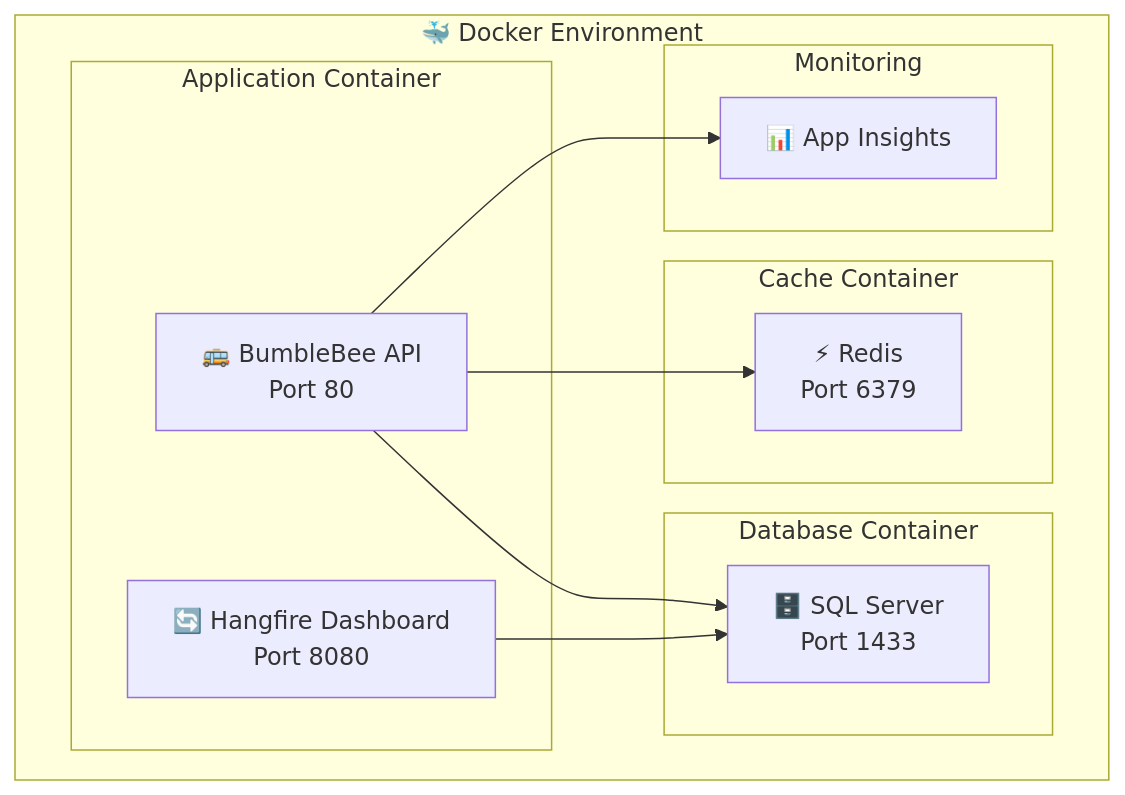
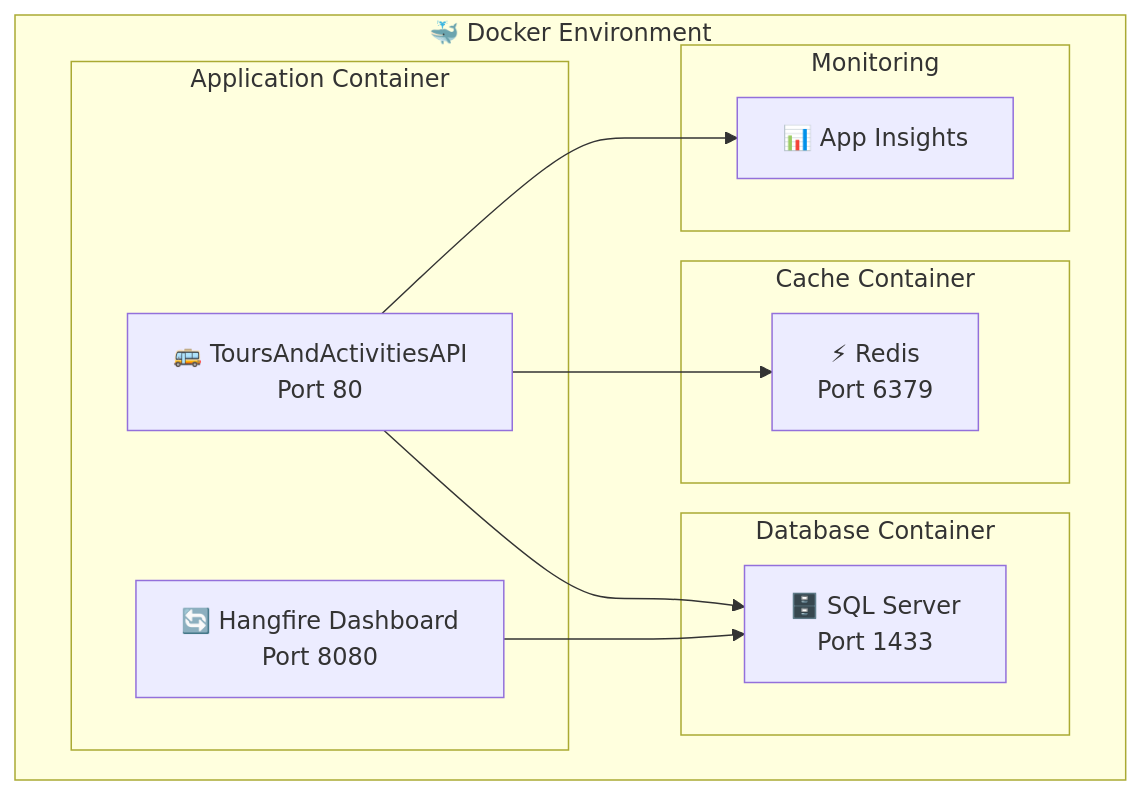
Before and after one commit to sandeepkumar0801/ToursAndActivities: the eighth of 11 diagrams in README.md, drawn with Mermaid. The commit also changed other lines of this file and 3 other files, not shown here.

````diff
--- a/README.md
+++ b/README.md
@@ -854,26 +852,26 @@
 ```mermaid
 graph TB
     subgraph "🐳 Docker Environment"
         subgraph "Application Container"
-            API[🚌 BumbleBee API<br/>Port 80]
+            API[🚌 ToursAndActivitiesAPI<br/>Port 80]
             HANGFIRE[🔄 Hangfire Dashboard<br/>Port 8080]
         end
 
         subgraph "Database Container"
             SQL[🗄️ SQL Server<br/>Port 1433]
         end
 
         subgraph "Cache Container"
             REDIS[⚡ Redis<br/>Port 6379]
         end
 
         subgraph "Monitoring"
             INSIGHTS[📊 App Insights]
         end
     end
 
     API --> SQL
     API --> REDIS
     API --> INSIGHTS
     HANGFIRE --> SQL
 ```
````
